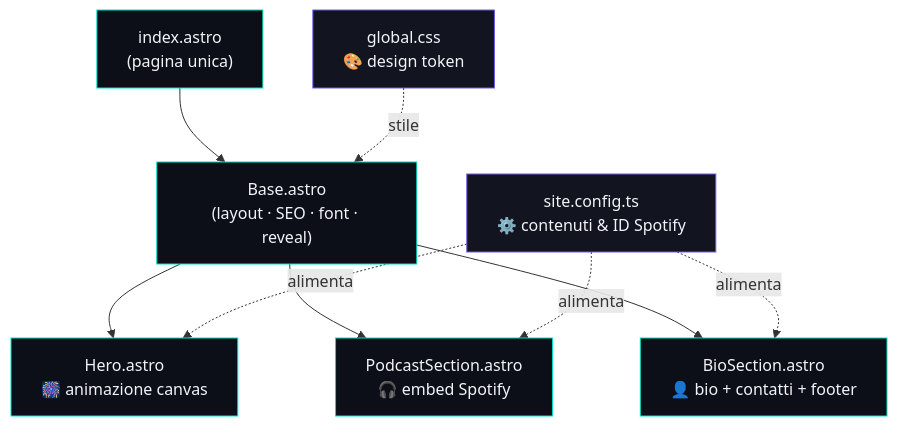
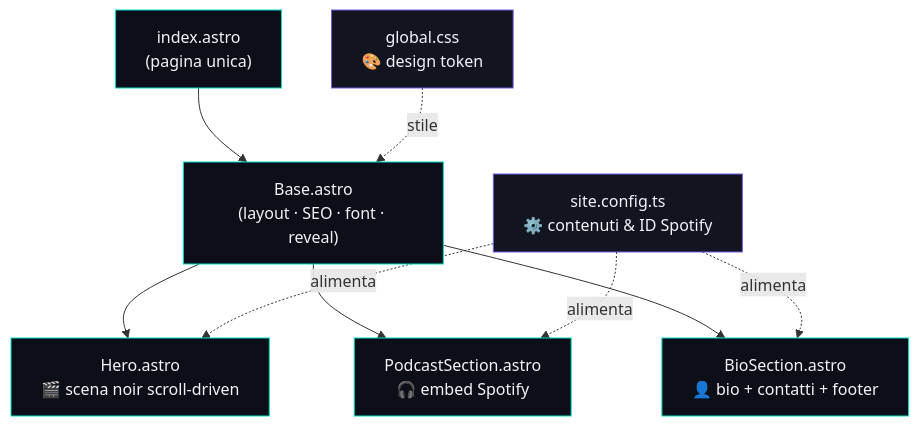
The first of 2 diagrams in README.md (tramitemarketing/IlRitornoDelFedino), drawn with Mermaid before and after one commit. The commit also changed other lines of this file and 3 other files, not shown here.

First line of the commit message:
Home: scena noir auto-nel-vicolo scroll-driven + palette navy

````diff
--- a/README.md
+++ b/README.md
@@ -45,18 +46,18 @@
 ```mermaid
 graph TD
     A["index.astro<br/>(pagina unica)"] --> B["Base.astro<br/>(layout · SEO · font · reveal)"]
-    B --> H["Hero.astro<br/>🎆 animazione canvas"]
+    B --> H["Hero.astro<br/>🎬 scena noir scroll-driven"]
     B --> P["PodcastSection.astro<br/>🎧 embed Spotify"]
     B --> Bio["BioSection.astro<br/>👤 bio + contatti + footer"]
 
     CFG["site.config.ts<br/>⚙️ contenuti & ID Spotify"] -.alimenta.-> H
     CFG -.alimenta.-> P
     CFG -.alimenta.-> Bio
 
     CSS["global.css<br/>🎨 design token"] -.stile.-> B
 
     classDef cfg fill:#12141f,stroke:#6c5ce7,color:#f2f3f8;
     classDef cmp fill:#0d0f18,stroke:#00e0c6,color:#f2f3f8;
     class CFG,CSS cfg;
     class A,B,H,P,Bio cmp;
 ```
````
